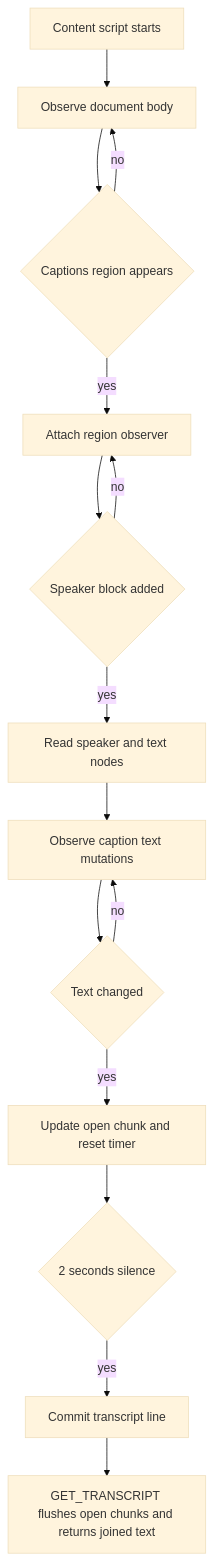
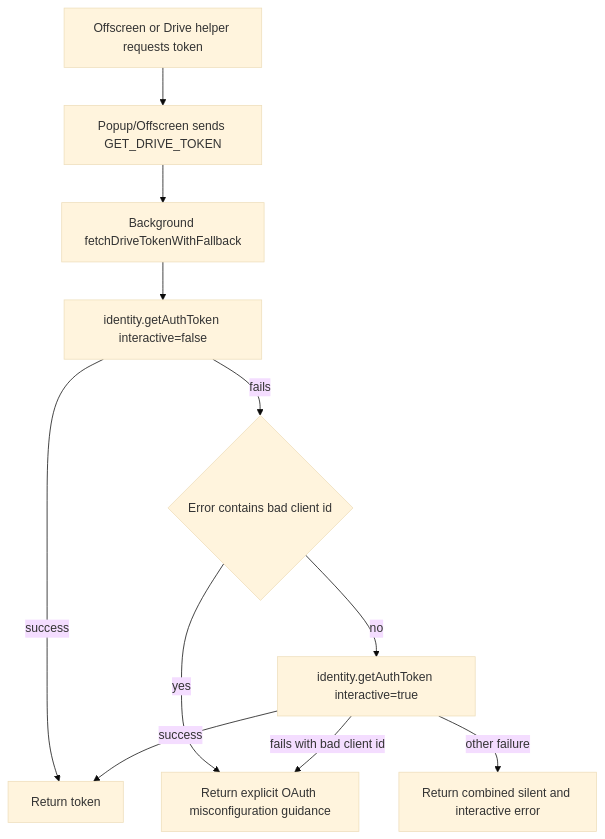
One commit to kstroevsky/chrome-meeting-recording-extension changed the eighth of 10 diagrams in Documentation.md. Above: the diagram before and after it, drawn with Mermaid (base theme). The commit also changed other lines of this file, not shown here.

Commit message:
Docs: Update Documentation.md with new architecture approach

````diff
--- a/Documentation.md
+++ b/Documentation.md
@@ -273,20 +608,16 @@
 ```mermaid
 flowchart TD
-    A[Content script starts] --> B[Observe document body]
-    B --> C{Captions region appears}
-    C -->|no| B
-    C -->|yes| D[Attach region observer]
+    A[Offscreen or Drive helper requests token] --> B[Popup/Offscreen sends GET_DRIVE_TOKEN]
+    B --> C[Background fetchDriveTokenWithFallback]
+    C --> D[identity.getAuthToken interactive=false]
 
-    D --> E{Speaker block added}
-    E -->|no| D
-    E -->|yes| F[Read speaker and text nodes]
+    D -->|success| E[Return token]
+    D -->|fails| F{Error contains bad client id}
 
-    F --> G[Observe caption text mutations]
-    G --> H{Text changed}
-    H -->|no| G
-    H -->|yes| I[Update open chunk and reset timer]
+    F -->|yes| G[Return explicit OAuth misconfiguration guidance]
+    F -->|no| H[identity.getAuthToken interactive=true]
 
-    I --> J{2 seconds silence}
-    J -->|yes| K[Commit transcript line]
-    K --> L[GET_TRANSCRIPT flushes open chunks and returns joined text]
+    H -->|success| E
+    H -->|fails with bad client id| G
+    H -->|other failure| I[Return combined silent and interactive error]
 ```
````
